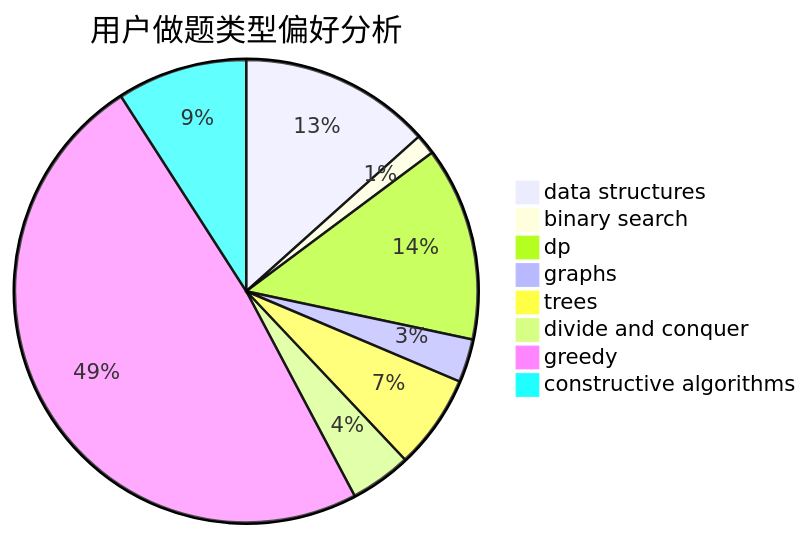
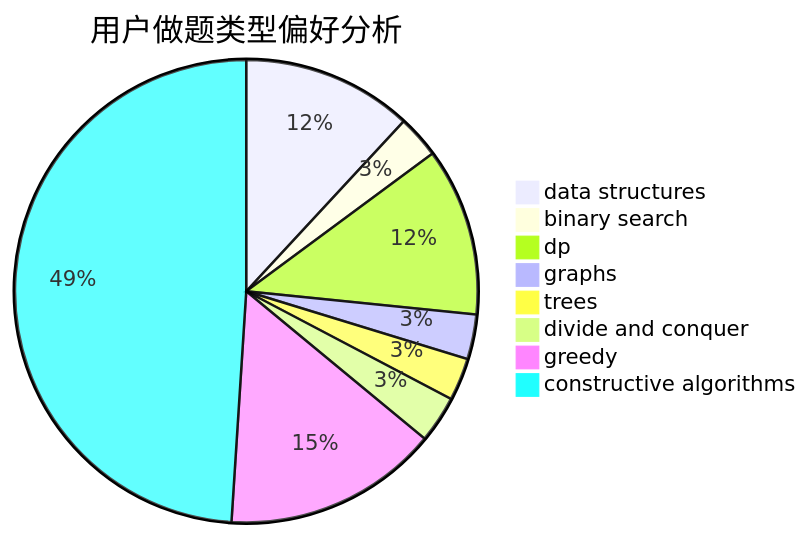
One commit to sherpahu/cfrs.github.io changed the second of 3 diagrams in docs/user/u126.md. Above: the diagram before and after it, drawn with Mermaid. The commit also changed other lines of this file and 2770 other files, not shown here.

````diff
--- a/docs/user/u126.md
+++ b/docs/user/u126.md
@@ -23,11 +23,11 @@
 ```mermaid
 pie title 用户做题类型偏好分析
-    "data structures" :  75
-    "binary search" :  8
-    "dp" :  76
-    "graphs" :  17
-    "trees" :  37
-    "divide and conquer" :  24
-    "greedy" :  273
-    "constructive algorithms" :  51
+    "data structures" :  76
+    "binary search" :  19
+    "dp" :  75
+    "graphs" :  20
+    "trees" :  19
+    "divide and conquer" :  21
+    "greedy" :  96
+    "constructive algorithms" :  313
 ```
````
